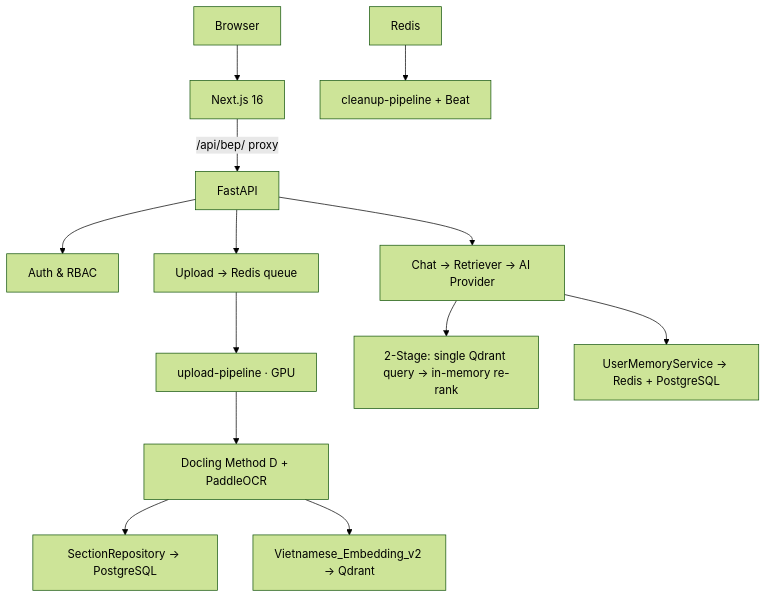
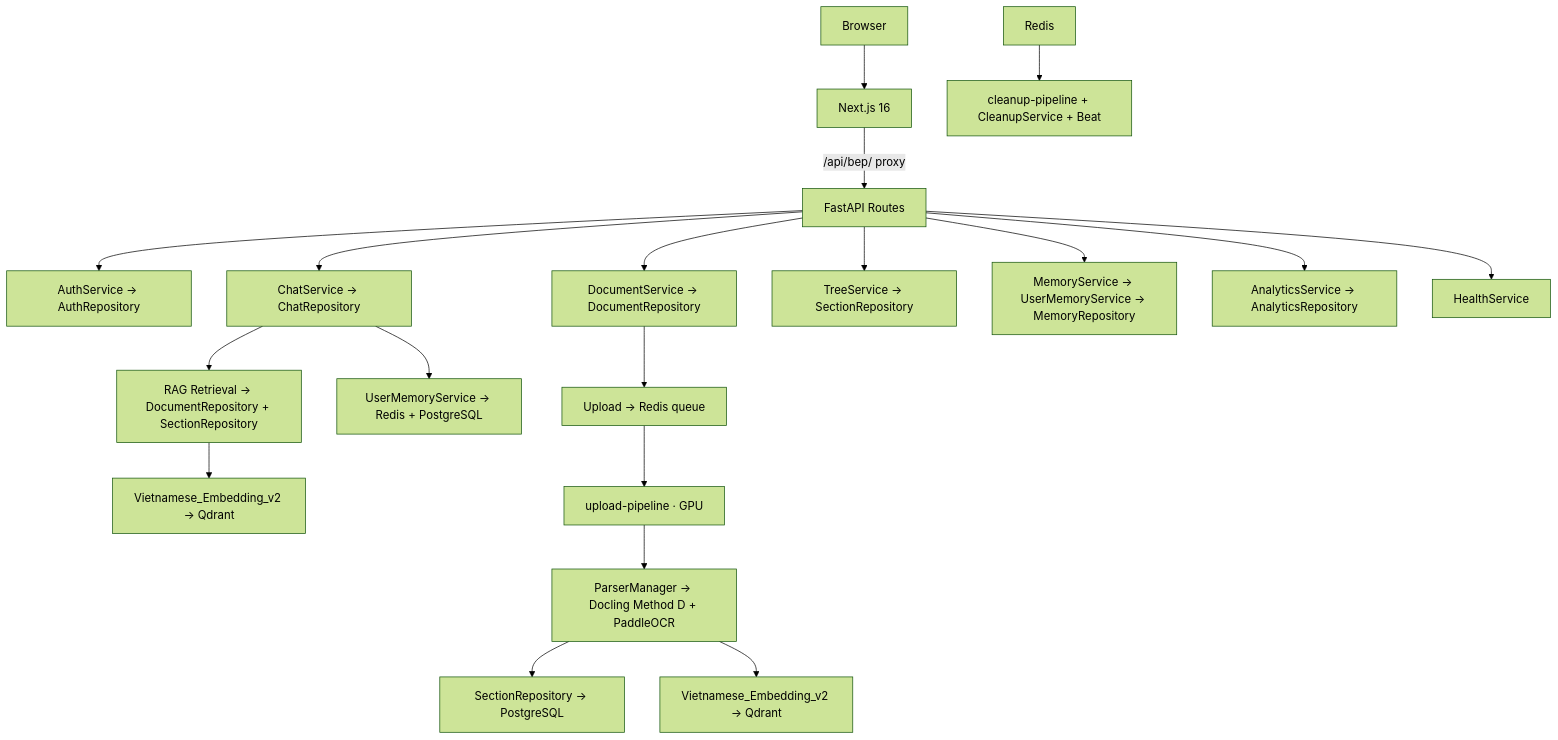
Before and after one commit to qtuanph/chatbot-rag: the diagram in docs/01_ARCHITECTURE.md, drawn with Mermaid (forest theme). The commit also changed other lines of this file and 90 other files, not shown here.

````diff
--- a/docs/01_ARCHITECTURE.md
+++ b/docs/01_ARCHITECTURE.md
@@ -70,15 +71,21 @@
 ```mermaid
 graph TD
     Client[Browser] --> WebApp[Next.js 16]
-    WebApp -->|/api/bep/ proxy| API[FastAPI]
-    API --> AuthSvc[Auth & RBAC]
-    API --> Upload[Upload → Redis queue]
-    API --> Chat[Chat → Retriever → AI Provider]
+    WebApp -->|/api/bep/ proxy| API[FastAPI Routes]
+    API --> AuthSvc[AuthService → AuthRepository]
+    API --> DocSvc[DocumentService → DocumentRepository]
+    API --> ChatSvc[ChatService → ChatRepository]
+    API --> TreeSvc[TreeService → SectionRepository]
+    API --> MemSvc[MemoryService → UserMemoryService → MemoryRepository]
+    API --> AnalyticSvc[AnalyticsService → AnalyticsRepository]
+    API --> HealthSvc[HealthService]
+    ChatSvc --> Retriever[RAG Retrieval → DocumentRepository + SectionRepository]
+    Retriever --> Embedder[Vietnamese_Embedding_v2 → Qdrant]
+    ChatSvc --> Memory[UserMemoryService → Redis + PostgreSQL]
+    DocSvc --> Upload[Upload → Redis queue]
     Upload --> Worker[upload-pipeline · GPU]
-    Worker --> Parser[Docling Method D + PaddleOCR]
+    Worker --> Parser[ParserManager → Docling Method D + PaddleOCR]
     Parser --> Sections[SectionRepository → PostgreSQL]
-    Parser --> Embedder[Vietnamese_Embedding_v2 → Qdrant]
-    Chat --> Retriever[2-Stage: single Qdrant query → in-memory re-rank]
-    Chat --> Memory[UserMemoryService → Redis + PostgreSQL]
-    Redis --> Cleanup[cleanup-pipeline + Beat]
+    Parser --> EmbedWorker[Vietnamese_Embedding_v2 → Qdrant]
+    Redis --> Cleanup[cleanup-pipeline + CleanupService + Beat]
 ```
````
